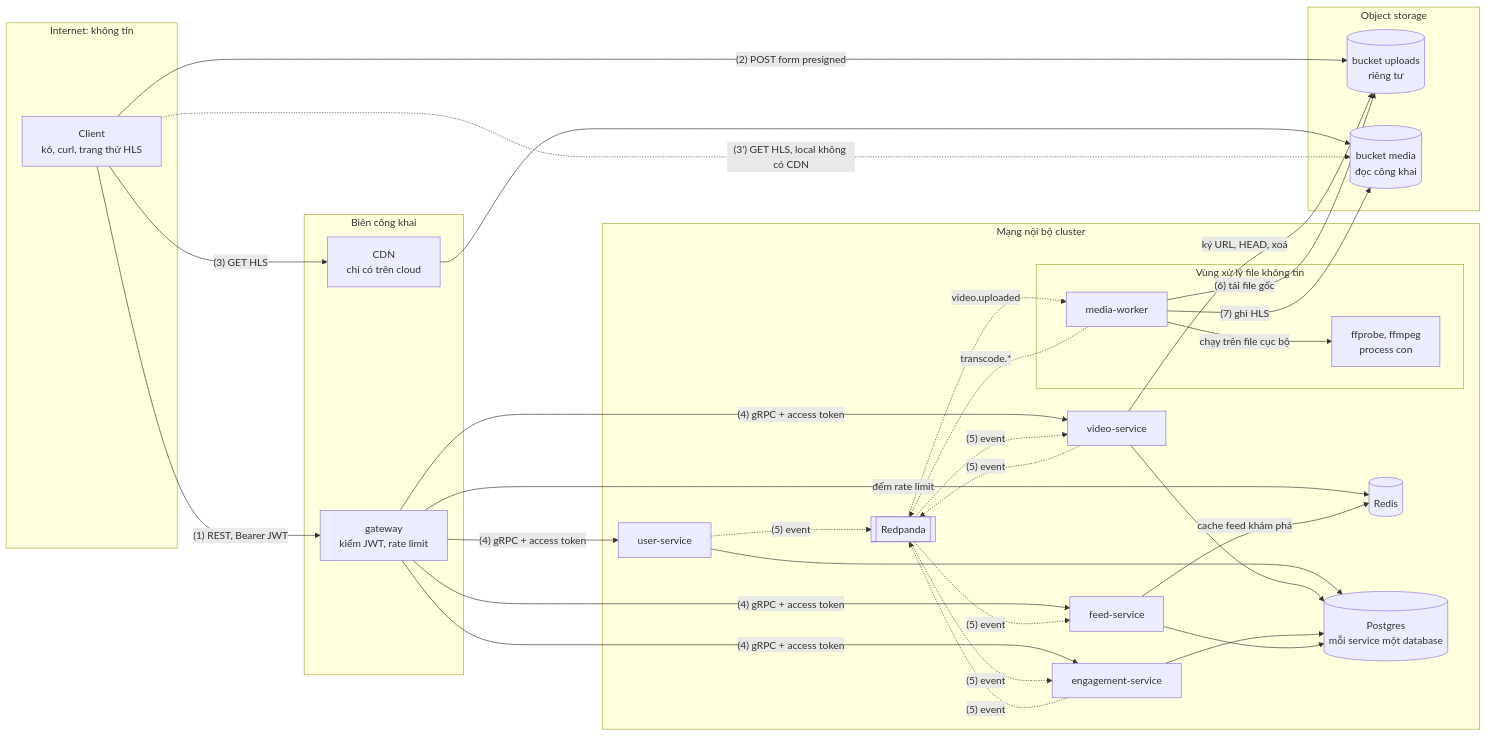
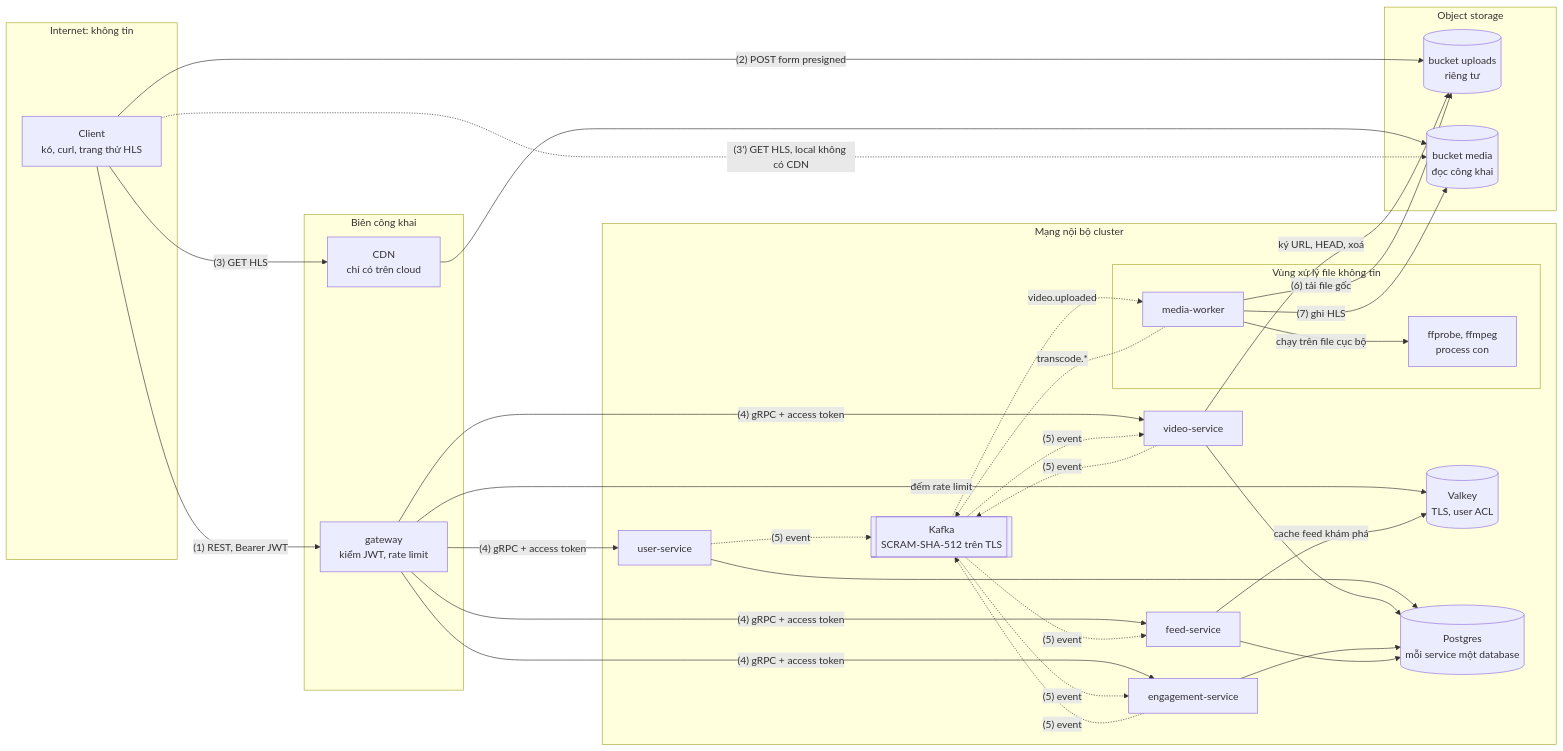
The diagram in docs/threat-model.md (anhnvcoder/svp-backend), drawn with Mermaid before and after one commit. The commit also changed other lines of this file and 165 other files, not shown here.

First line of the commit message:
feat: Kafka trên Amazon MSK, Valkey trên ElastiCache; local cùng engine Apache Kafka và Valkey (#122)

````diff
--- a/docs/threat-model.md
+++ b/docs/threat-model.md
@@ -39,62 +39,62 @@
 ```mermaid
 flowchart LR
     subgraph internet["Internet: không tin"]
         client["Client<br/>k6, curl, trang thử HLS"]
     end
 
     subgraph edge["Biên công khai"]
         gw["gateway<br/>kiểm JWT, rate limit"]
         cdn["CDN<br/>chỉ có trên cloud"]
     end
 
     subgraph storage["Object storage"]
         up[("bucket uploads<br/>riêng tư")]
         media[("bucket media<br/>đọc công khai")]
     end
 
     subgraph cluster["Mạng nội bộ cluster"]
         us["user-service"]
         vs["video-service"]
         es["engagement-service"]
         fs["feed-service"]
-        bus[["Redpanda"]]
-        redis[("Redis")]
+        bus[["Kafka<br/>SCRAM-SHA-512 trên TLS"]]
+        redis[("Valkey<br/>TLS, user ACL")]
         pg[("Postgres<br/>mỗi service một database")]
         subgraph sandbox["Vùng xử lý file không tin"]
             mw["media-worker"]
             ff["ffprobe, ffmpeg<br/>process con"]
         end
     end
 
     client -->|"(1) REST, Bearer JWT"| gw
     client -->|"(2) POST form presigned"| up
     client -->|"(3) GET HLS"| cdn
     cdn --> media
     client -.->|"(3') GET HLS, local không có CDN"| media
 
     gw -->|"(4) gRPC + access token"| us
     gw -->|"(4) gRPC + access token"| vs
     gw -->|"(4) gRPC + access token"| es
     gw -->|"(4) gRPC + access token"| fs
     gw -->|"đếm rate limit"| redis
     fs -->|"cache feed khám phá"| redis
 
     us --> pg
     vs --> pg
     es --> pg
     fs --> pg
     vs -->|"ký URL, HEAD, xoá"| up
 
     us -.->|"(5) event"| bus
     vs -.->|"(5) event"| bus
     es -.->|"(5) event"| bus
     bus -.->|"(5) event"| vs
     bus -.->|"(5) event"| es
     bus -.->|"(5) event"| fs
     bus -.->|"video.uploaded"| mw
     mw -.->|"transcode.*"| bus
 
     mw -->|"(6) tải file gốc"| up
     mw -->|"chạy trên file cục bộ"| ff
     mw -->|"(7) ghi HLS"| media
 ```
````
